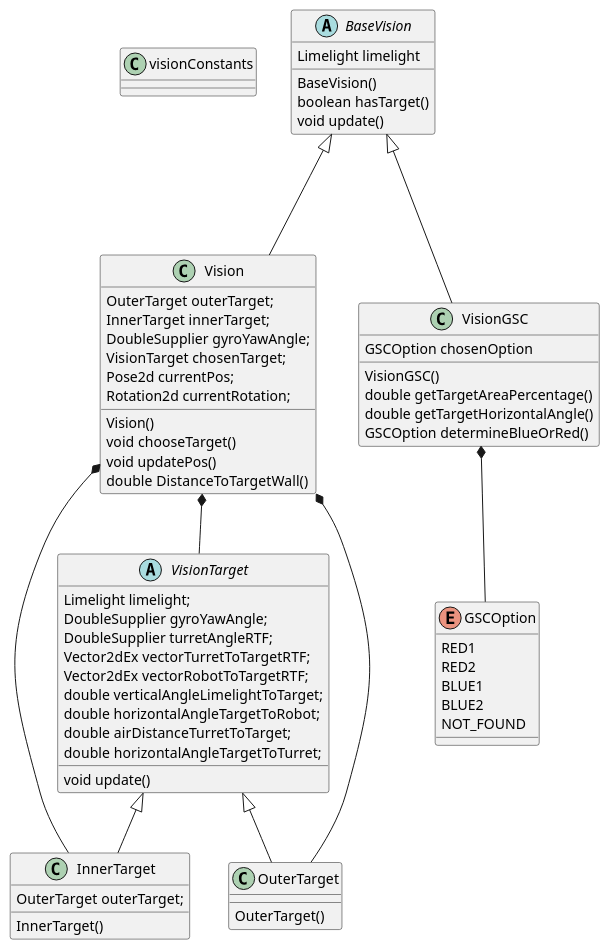
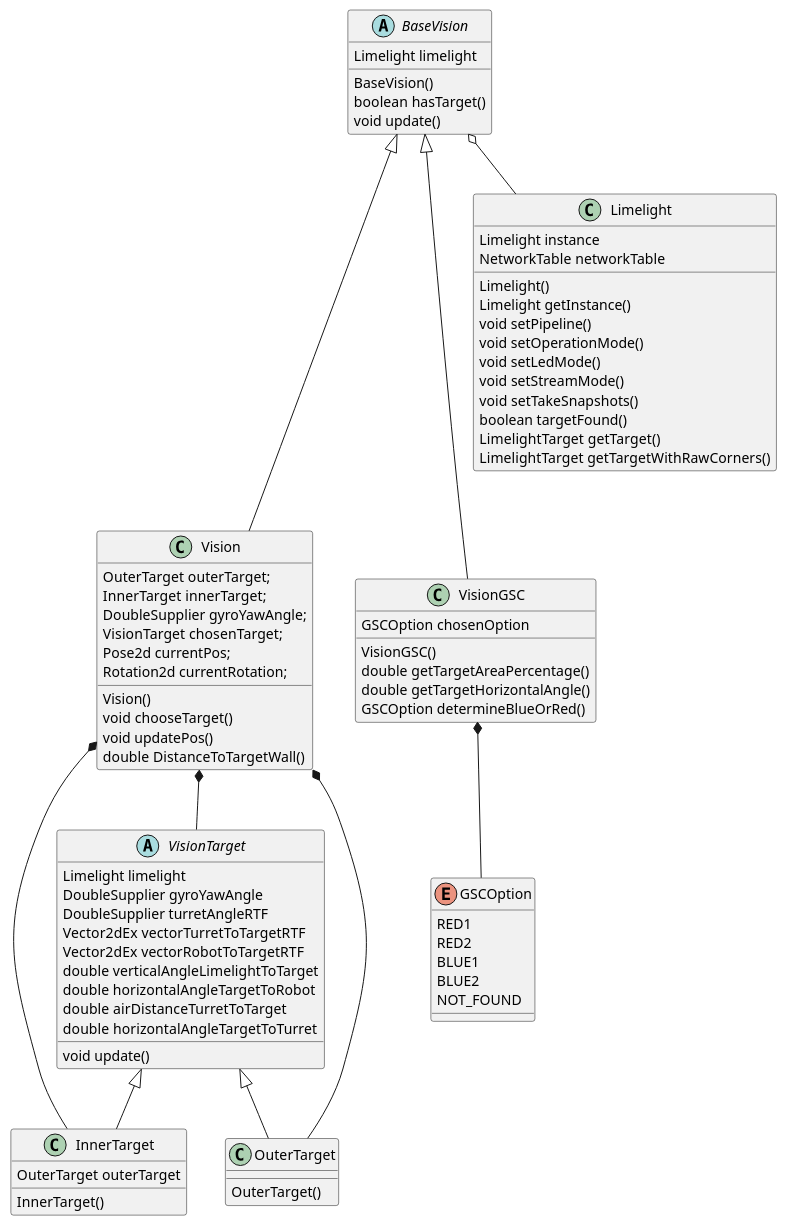
Before and after one commit to OnyxTronix2231/OnyxTronix2021: the diagram in src/main/java/frc/robot/vision/VisionUML.puml, drawn with PlantUML.

```diff
--- a/src/main/java/frc/robot/vision/VisionUML.puml
+++ b/src/main/java/frc/robot/vision/VisionUML.puml
@@ -1,73 +1,89 @@
 @startuml
 'https://plantuml.com/class-diagram
 
-class visionConstants
-
 BaseVision <|--- Vision
 BaseVision <|--- VisionGSC
+BaseVision o-- Limelight
 Vision *-- VisionTarget
 Vision *-- InnerTarget
 Vision *-- OuterTarget
 VisionTarget <|-- InnerTarget
 VisionTarget <|-- OuterTarget
 VisionGSC *-- GSCOption
 
 abstract class BaseVision{
     Limelight limelight
     BaseVision()
     boolean hasTarget()
     void update()
 }
 
 class Vision{
     OuterTarget outerTarget;
     InnerTarget innerTarget;
     DoubleSupplier gyroYawAngle;
     VisionTarget chosenTarget;
     Pose2d currentPos;
     Rotation2d currentRotation;
     Vision()
     void chooseTarget()
     void updatePos()
     double DistanceToTargetWall()
 }
 
 abstract class VisionTarget{
-    Limelight limelight;
-    DoubleSupplier gyroYawAngle;
-    DoubleSupplier turretAngleRTF;
-    Vector2dEx vectorTurretToTargetRTF;
-    Vector2dEx vectorRobotToTargetRTF;
-    double verticalAngleLimelightToTarget;
-    double horizontalAngleTargetToRobot;
-    double airDistanceTurretToTarget;
-    double horizontalAngleTargetToTurret;
+    Limelight limelight
+    DoubleSupplier gyroYawAngle
+    DoubleSupplier turretAngleRTF
+    Vector2dEx vectorTurretToTargetRTF
+    Vector2dEx vectorRobotToTargetRTF
+    double verticalAngleLimelightToTarget
+    double horizontalAngleTargetToRobot
+    double airDistanceTurretToTarget
+    double horizontalAngleTargetToTurret
     void update()
 }
 
 class OuterTarget{
     OuterTarget()
 }
 
 class InnerTarget{
-    OuterTarget outerTarget;
+    OuterTarget outerTarget
     InnerTarget()
 }
 
 class VisionGSC{
     GSCOption chosenOption
     VisionGSC()
     double getTargetAreaPercentage()
     double getTargetHorizontalAngle()
     GSCOption determineBlueOrRed()
 }
 
 enum GSCOption {
     RED1
     RED2
     BLUE1
     BLUE2
     NOT_FOUND
 }
 
+class Limelight{
+    Limelight instance
+    NetworkTable networkTable
+    Limelight()
+    Limelight getInstance()
+    void setPipeline()
+    void setOperationMode()
+    void setLedMode()
+    void setStreamMode()
+    void setTakeSnapshots()
+    boolean targetFound()
+    LimelightTarget getTarget()
+    LimelightTarget getTargetWithRawCorners()
+}
+
+
+
 @enduml
```
